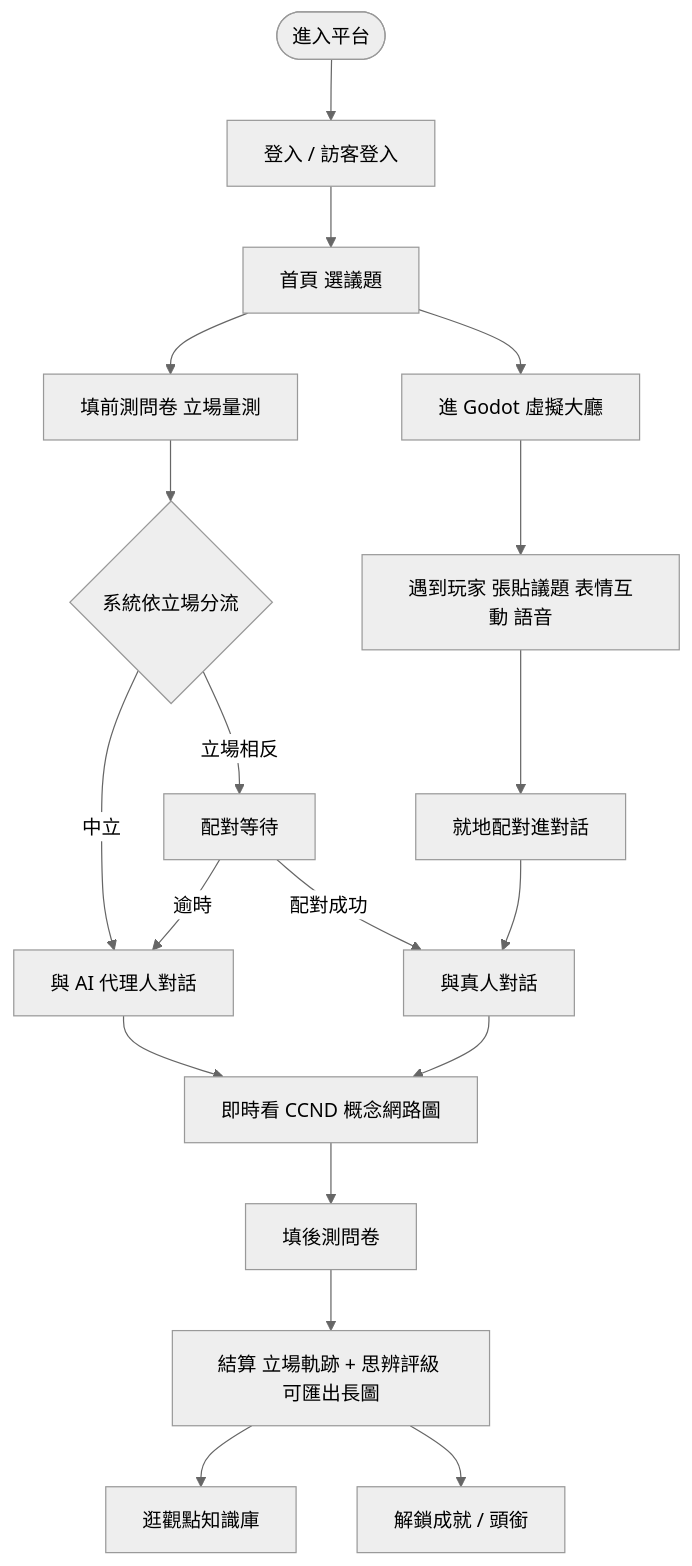
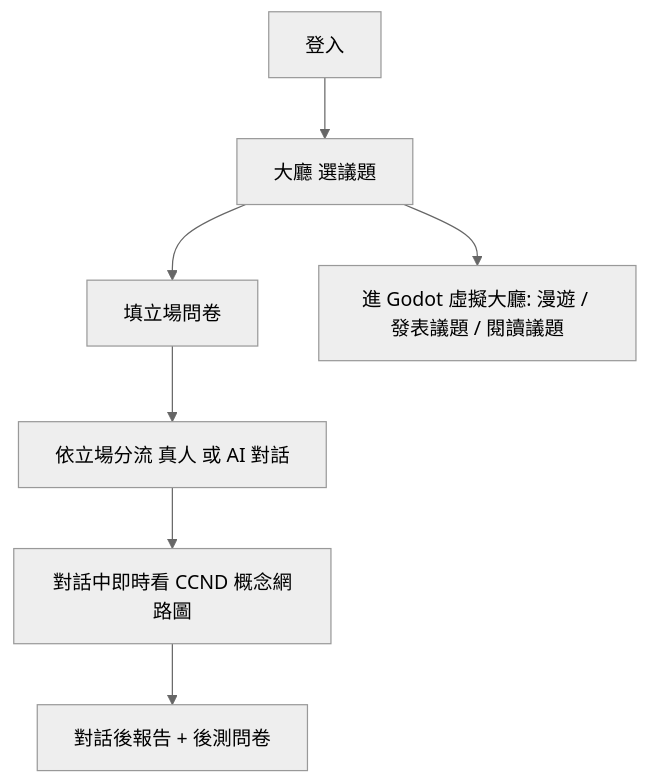
Before and after one commit to Ceeeuu/TakeAbridge-Portfolio: the second of 2 diagrams in ARCHITECTURE.md, drawn with Mermaid (neutral theme). The commit also changed other lines of this file and 5 other files, not shown here.

````diff
--- a/ARCHITECTURE.md
+++ b/ARCHITECTURE.md
@@ -241,25 +66,9 @@
 ```mermaid
 flowchart TD
-    Start(["進入平台"]) --> Login["登入 / 訪客登入"]
-    Login --> Home["首頁 選議題"]
-    Home --> Survey["填前測問卷 立場量測"]
-    Survey --> Route{"系統依立場分流"}
-
-    Route -->|中立| AIChat["與 AI 代理人對話"]
-    Route -->|立場相反| Wait["配對等待"]
-    Wait -->|逾時| AIChat
-    Wait -->|配對成功| HHChat["與真人對話"]
-
-    AIChat --> Tree["即時看 CCND 概念網路圖"]
-    HHChat --> Tree
-    Tree --> Post["填後測問卷"]
-    Post --> Result["結算 立場軌跡 + 思辨評級 可匯出長圖"]
-    Result --> KB["逛觀點知識庫"]
-
-    Home --> Lobby["進 Godot 虛擬大廳"]
-    Lobby --> Meet["遇到玩家 張貼議題 表情互動 語音"]
-    Meet --> Match["就地配對進對話"]
-    Match --> HHChat
-
-    Result --> Ach["解鎖成就 / 頭銜"]
+    A["登入"] --> B["大廳 選議題"]
+    B --> C["填立場問卷"]
+    C --> D["依立場分流 真人 或 AI 對話"]
+    D --> E["對話中即時看 CCND 概念網路圖"]
+    E --> F["對話後報告 + 後測問卷"]
+    B --> G["進 Godot 虛擬大廳: 漫遊 / 發表議題 / 閱讀議題"]
 ```
````
